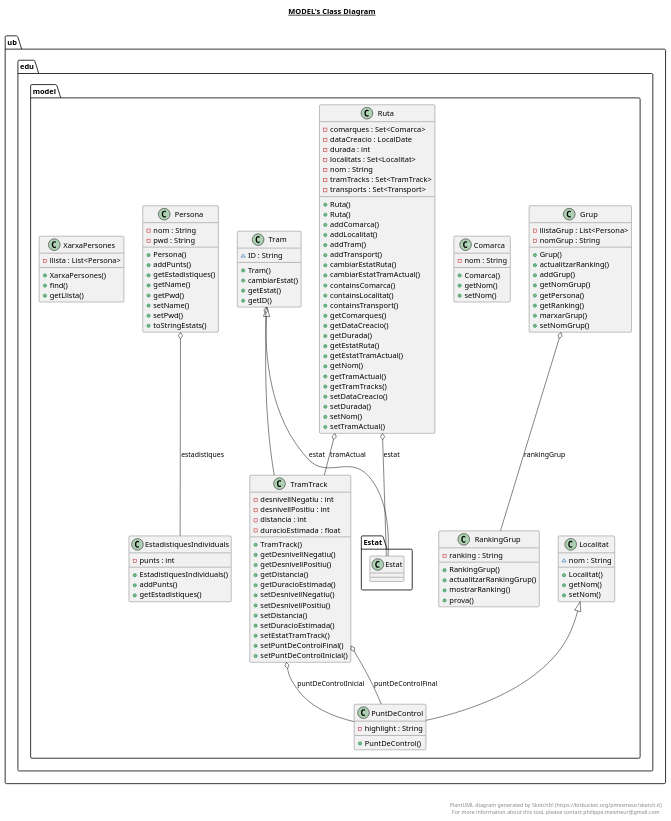
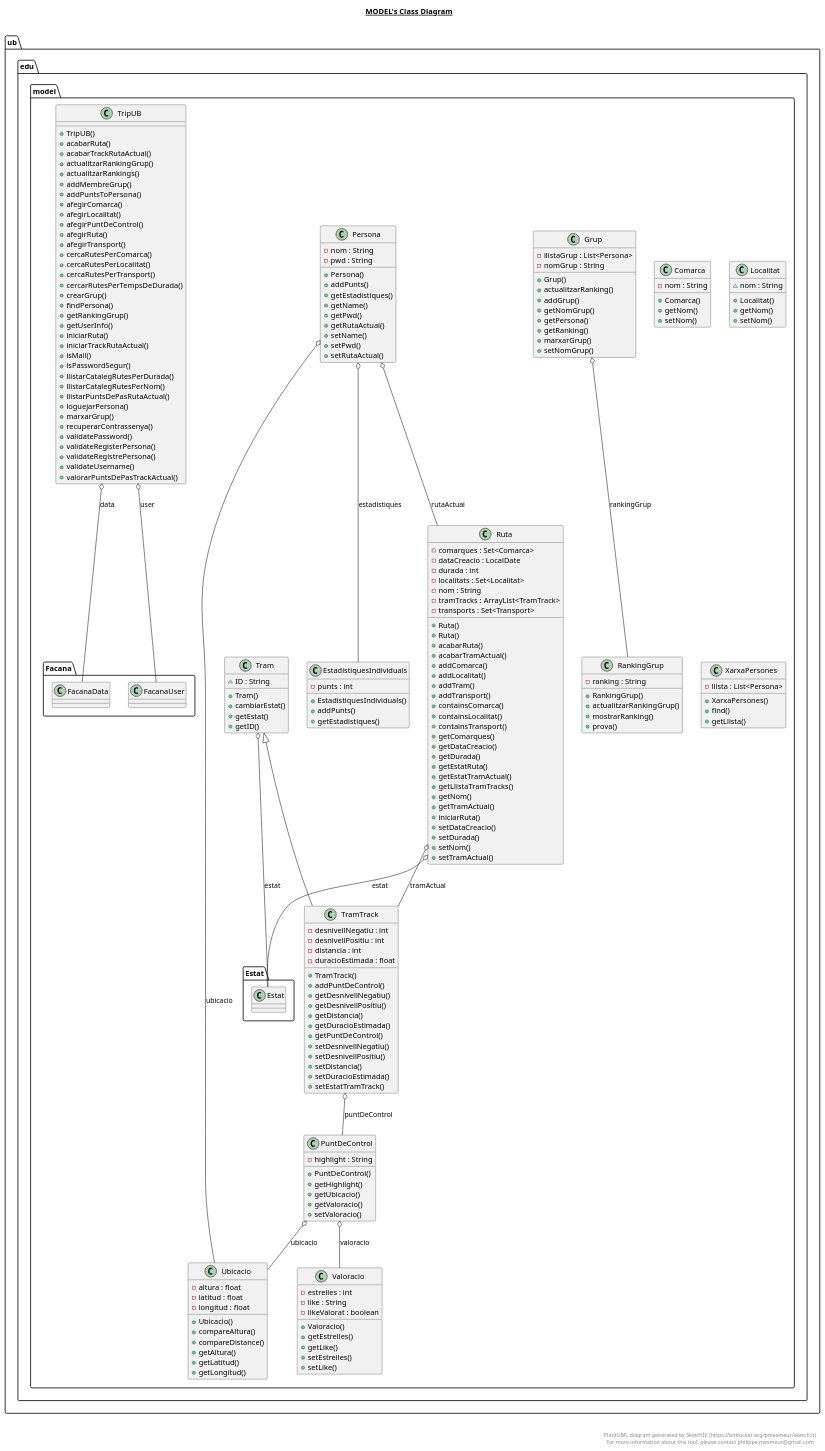
The diagram in src/ub/edu/model/model.plantuml (Samot2003/p3-tripu-dao-a12_reava), drawn with PlantUML before and after one commit. The commit also changed 15 other files, not shown here.

Commit message:
he acabat el test de llistarPuntsDePasPerValoracio

```diff
--- a/src/ub/edu/model/model.plantuml
+++ b/src/ub/edu/model/model.plantuml
@@ -57,9 +57,10 @@
         + getEstadistiques()
         + getName()
         + getPwd()
+        + getRutaActual()
         + setName()
         + setPwd()
-        + toStringEstats()
+        + setRutaActual()
     }
   }
   
@@ -68,6 +69,10 @@
     class ub.edu.model.PuntDeControl {
         - highlight : String
         + PuntDeControl()
+        + getHighlight()
+        + getUbicacio()
+        + getValoracio()
+        + setValoracio()
     }
   }
   
@@ -90,16 +95,16 @@
         - durada : int
         - localitats : Set<Localitat>
         - nom : String
-        - tramTracks : Set<TramTrack>
+        - tramTracks : ArrayList<TramTrack>
         - transports : Set<Transport>
         + Ruta()
         + Ruta()
+        + acabarRuta()
+        + acabarTramActual()
         + addComarca()
         + addLocalitat()
         + addTram()
         + addTransport()
-        + cambiarEstatRuta()
-        + cambiarEstatTramActual()
         + containsComarca()
         + containsLocalitat()
         + containsTransport()
@@ -108,9 +113,10 @@
         + getDurada()
         + getEstatRuta()
         + getEstatTramActual()
+        + getLlistaTramTracks()
         + getNom()
         + getTramActual()
-        + getTramTracks()
+        + iniciarRuta()
         + setDataCreacio()
         + setDurada()
         + setNom()
@@ -137,17 +143,87 @@
         - distancia : int
         - duracioEstimada : float
         + TramTrack()
+        + addPuntDeControl()
         + getDesnivellNegatiu()
         + getDesnivellPositiu()
         + getDistancia()
         + getDuracioEstimada()
+        + getPuntDeControl()
         + setDesnivellNegatiu()
         + setDesnivellPositiu()
         + setDistancia()
         + setDuracioEstimada()
         + setEstatTramTrack()
-        + setPuntDeControlFinal()
-        + setPuntDeControlInicial()
+    }
+  }
+  
+
+  namespace ub.edu.model {
+    class ub.edu.model.TripUB {
+        + TripUB()
+        + acabarRuta()
+        + acabarTrackRutaActual()
+        + actualitzarRankingGrup()
+        + actualitzarRankings()
+        + addMembreGrup()
+        + addPuntsToPersona()
+        + afegirComarca()
+        + afegirLocalitat()
+        + afegirPuntDeControl()
+        + afegirRuta()
+        + afegirTransport()
+        + cercaRutesPerComarca()
+        + cercaRutesPerLocalitat()
+        + cercaRutesPerTransport()
+        + cercarRutesPerTempsDeDurada()
+        + crearGrup()
+        + findPersona()
+        + getRankingGrup()
+        + getUserInfo()
+        + iniciarRuta()
+        + iniciarTrackRutaActual()
+        + isMail()
+        + isPasswordSegur()
+        + llistarCatalegRutesPerDurada()
+        + llistarCatalegRutesPerNom()
+        + llistarPuntsDePasRutaActual()
+        + loguejarPersona()
+        + marxarGrup()
+        + recuperarContrassenya()
+        + validatePassword()
+        + validateRegisterPersona()
+        + validateRegistrePersona()
+        + validateUsername()
+        + valorarPuntsDePasTrackActual()
+    }
+  }
+  
+
+  namespace ub.edu.model {
+    class ub.edu.model.Ubicacio {
+        - altura : float
+        - latitud : float
+        - longitud : float
+        + Ubicacio()
+        + compareAltura()
+        + compareDistance()
+        + getAltura()
+        + getLatitud()
+        + getLongitud()
+    }
+  }
+  
+
+  namespace ub.edu.model {
+    class ub.edu.model.Valoracio {
+        - estrelles : int
+        - like : String
+        - likeValorat : boolean
+        + Valoracio()
+        + getEstrelles()
+        + getLike()
+        + setEstrelles()
+        + setLike()
     }
   }
   
@@ -164,13 +240,17 @@
 
   ub.edu.model.Grup o-- ub.edu.model.RankingGrup : rankingGrup
   ub.edu.model.Persona o-- ub.edu.model.EstadistiquesIndividuals : estadistiques
-  ub.edu.model.PuntDeControl -up-|> ub.edu.model.Localitat
+  ub.edu.model.Persona o-- ub.edu.model.Ruta : rutaActual
+  ub.edu.model.Persona o-- ub.edu.model.Ubicacio : ubicacio
+  ub.edu.model.PuntDeControl o-- ub.edu.model.Ubicacio : ubicacio
+  ub.edu.model.PuntDeControl o-- ub.edu.model.Valoracio : valoracio
   ub.edu.model.Ruta o-- ub.edu.model.Estat.Estat : estat
   ub.edu.model.Ruta o-- ub.edu.model.TramTrack : tramActual
   ub.edu.model.Tram o-- ub.edu.model.Estat.Estat : estat
   ub.edu.model.TramTrack -up-|> ub.edu.model.Tram
-  ub.edu.model.TramTrack o-- ub.edu.model.PuntDeControl : puntDeControlFinal
-  ub.edu.model.TramTrack o-- ub.edu.model.PuntDeControl : puntDeControlInicial
+  ub.edu.model.TramTrack o-- ub.edu.model.PuntDeControl : puntDeControl
+  ub.edu.model.TripUB o-- ub.edu.model.Facana.FacanaData : data
+  ub.edu.model.TripUB o-- ub.edu.model.Facana.FacanaUser : user
 
 
 right footer
```
